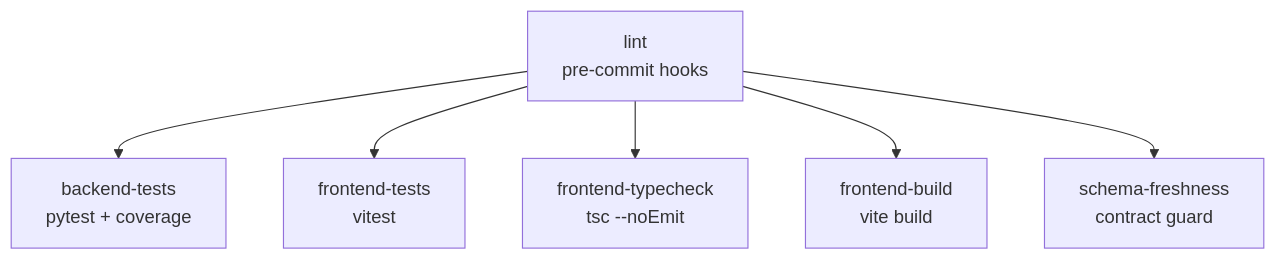
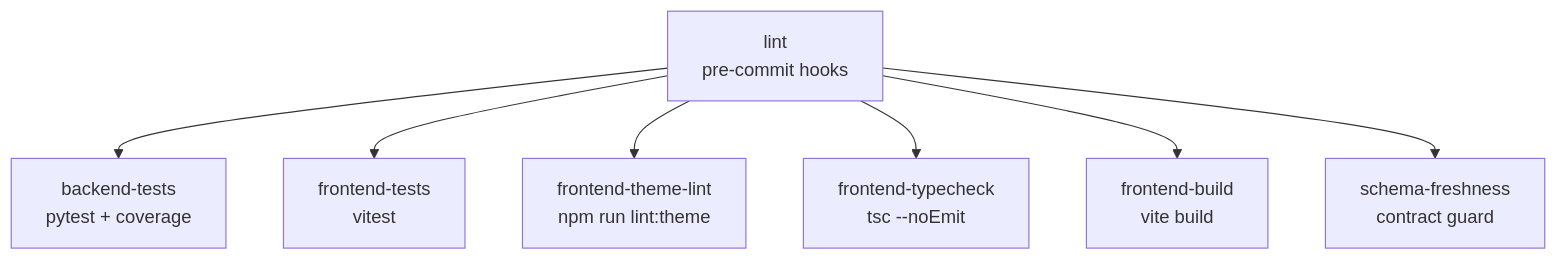
The diagram in docs/docs/engineering/ci-pipeline.md (danphenderson/baldin), drawn with Mermaid before and after one commit. The commit also changed other lines of this file and 8 other files, not shown here.

````diff
--- a/docs/docs/engineering/ci-pipeline.md
+++ b/docs/docs/engineering/ci-pipeline.md
@@ -20,10 +20,11 @@
 ```mermaid
 flowchart TD
     accTitle: CI Pipeline Job Graph
-    accDescr: Shows five CI jobs that all depend on lint passing first — backend-tests (pytest with coverage), frontend-tests (vitest), frontend-typecheck (tsc), frontend-build (vite build), and schema-freshness (contract guard).
+    accDescr: Shows six CI jobs that all depend on lint passing first — backend-tests (pytest with coverage), frontend-tests (vitest), frontend-theme-lint (theme drift guard), frontend-typecheck (tsc), frontend-build (vite build), and schema-freshness (contract guard).
     L["lint<br/>pre-commit hooks"] --> BT["backend-tests<br/>pytest + coverage"]
     L --> FT["frontend-tests<br/>vitest"]
+    L --> FTL["frontend-theme-lint<br/>npm run lint:theme"]
     L --> FC["frontend-typecheck<br/>tsc --noEmit"]
     L --> FB["frontend-build<br/>vite build"]
     L --> SF["schema-freshness<br/>contract guard"]
 ```
````
